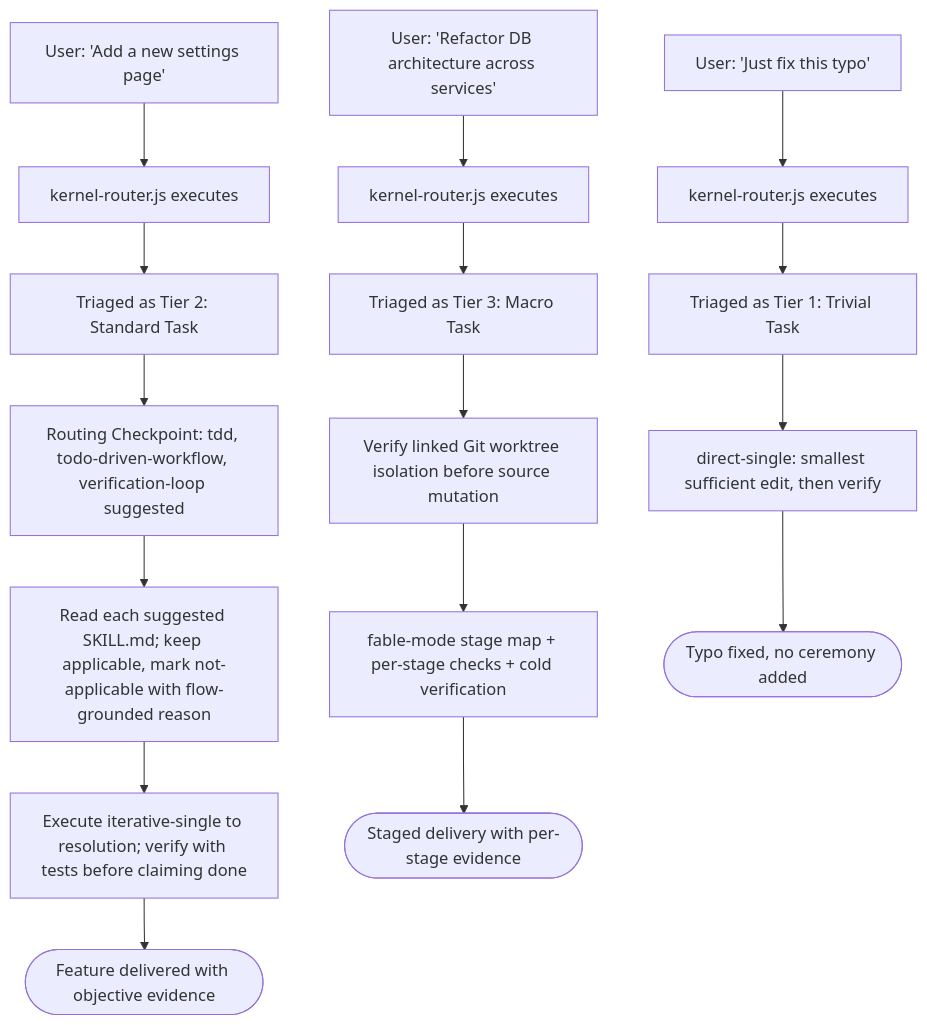
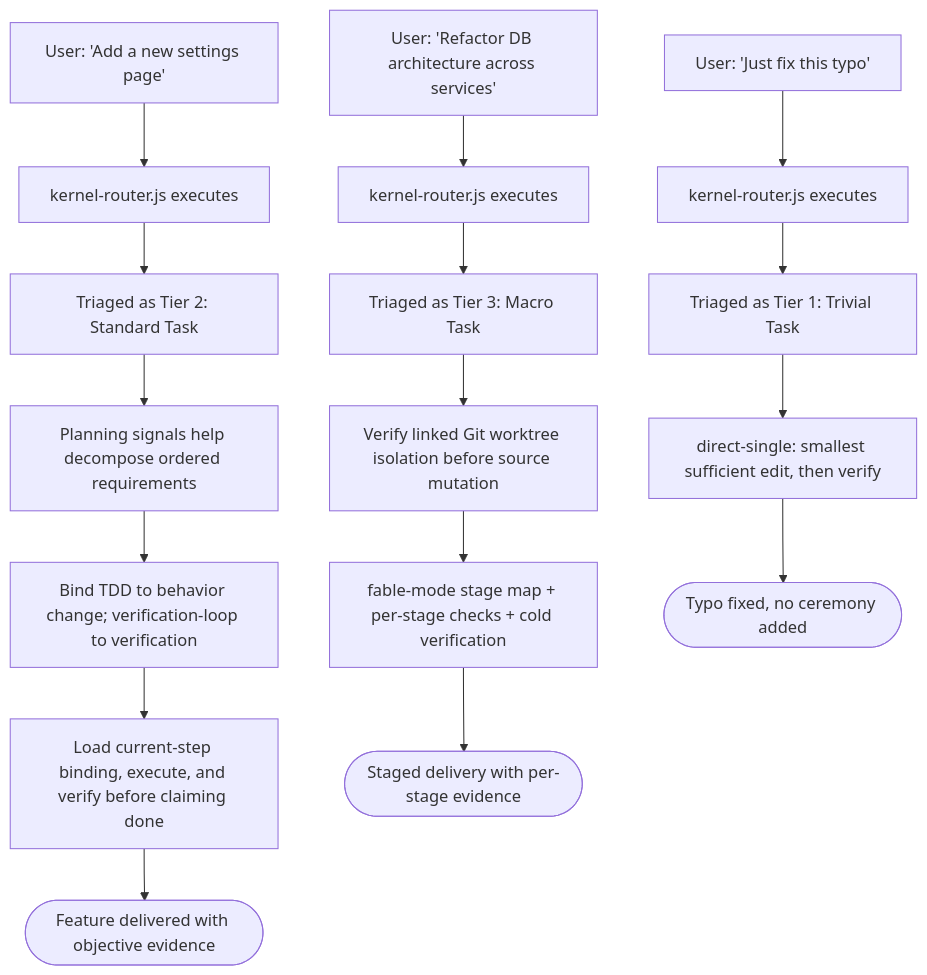
One commit to dyphn1/Harness-everything changed the third of 3 diagrams in docs/workflows/harness-everything.md. Above: the diagram before and after it, drawn with Mermaid. The commit also changed other lines of this file and 70 other files, not shown here.

First line of the commit message:
feat(workflow): bind knowledge to active steps

````diff
--- a/docs/workflows/harness-everything.md
+++ b/docs/workflows/harness-everything.md
@@ -64,20 +64,20 @@
 ```mermaid
 graph TD
   Input1["User: 'Add a new settings page'"] --> Router1["kernel-router.js executes"]
   Router1 --> Triage2["Triaged as Tier 2: Standard Task"]
-  Triage2 --> Checkpoint1["Routing Checkpoint: tdd, todo-driven-workflow, verification-loop suggested"]
-  Checkpoint1 --> Eval1["Read each suggested SKILL.md; keep applicable, mark not-applicable with flow-grounded reason"]
-  Eval1 --> Exec1["Execute iterative-single to resolution; verify with tests before claiming done"]
+  Triage2 --> Checkpoint1["Planning signals help decompose ordered requirements"]
+  Checkpoint1 --> Eval1["Bind TDD to behavior change; verification-loop to verification"]
+  Eval1 --> Exec1["Load current-step binding, execute, and verify before claiming done"]
   Exec1 --> Done1([Feature delivered with objective evidence])
 
   Input2["User: 'Refactor DB architecture across services'"] --> Router2["kernel-router.js executes"]
   Router2 --> Triage3["Triaged as Tier 3: Macro Task"]
   Triage3 --> Iso["Verify linked Git worktree isolation before source mutation"]
   Iso --> Exec2["fable-mode stage map + per-stage checks + cold verification"]
   Exec2 --> Done2([Staged delivery with per-stage evidence])
 
   Input3["User: 'Just fix this typo'"] --> Router3["kernel-router.js executes"]
   Router3 --> Triage1["Triaged as Tier 1: Trivial Task"]
   Triage1 --> Exec3["direct-single: smallest sufficient edit, then verify"]
   Exec3 --> Done3([Typo fixed, no ceremony added])
 ```
````
